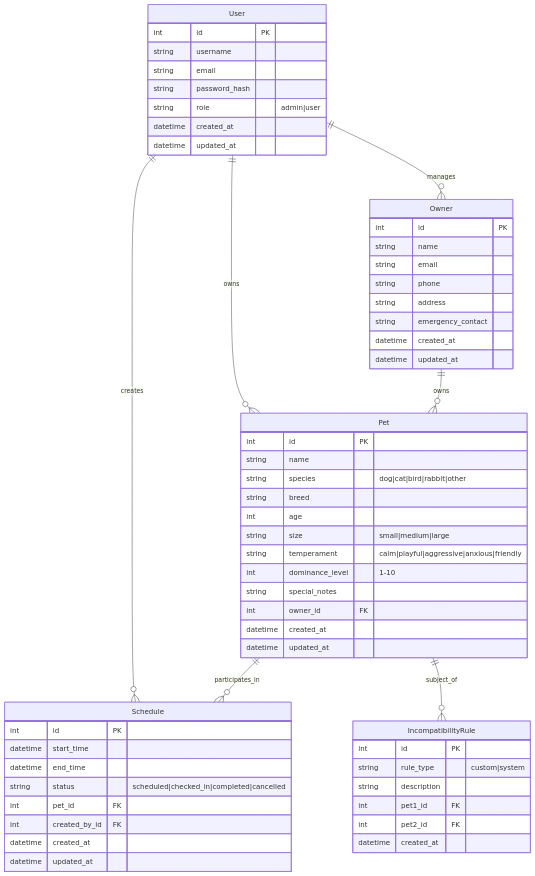
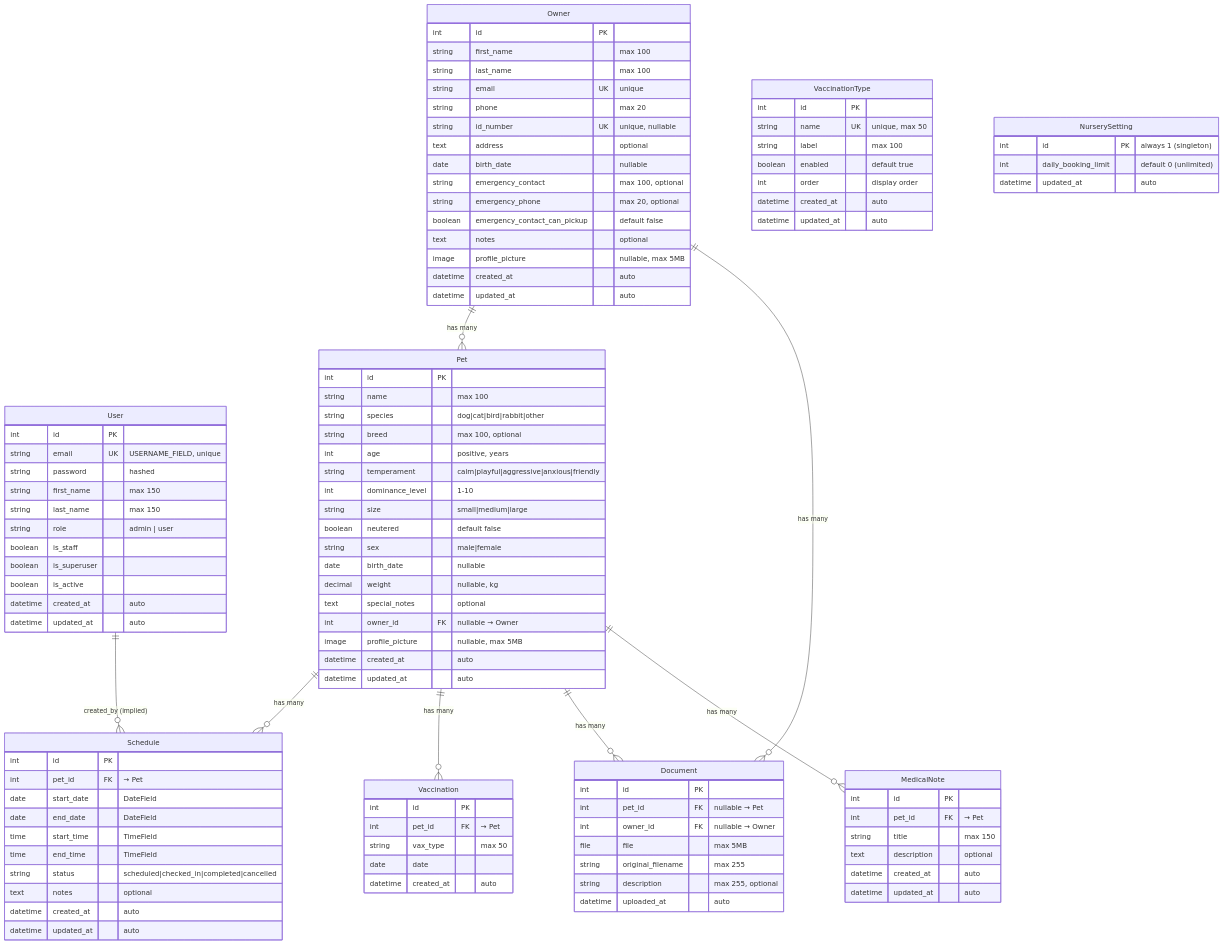
The sixth of 10 diagrams in docs/docs/architecture.md (maxi3390/happydogs-calendar), drawn with Mermaid before and after one commit. The commit also changed other lines of this file and 42 other files, not shown here.

````diff
--- a/docs/docs/architecture.md
+++ b/docs/docs/architecture.md
@@ -176,65 +241,118 @@
 ```mermaid
 erDiagram
-    User ||--o{ Pet : owns
-    User ||--o{ Owner : manages
-    User ||--o{ Schedule : creates
-    Owner ||--o{ Pet : owns
-    Pet ||--o{ Schedule : participates_in
-    Pet ||--o{ IncompatibilityRule : subject_of
+    User ||--o{ Schedule : "created_by (implied)"
+    Owner ||--o{ Pet : "has many"
+    Owner ||--o{ Document : "has many"
+    Pet ||--o{ Schedule : "has many"
+    Pet ||--o{ Vaccination : "has many"
+    Pet ||--o{ Document : "has many"
+    Pet ||--o{ MedicalNote : "has many"
 
     User {
         int id PK
-        string username
-        string email
-        string password_hash
-        string role "admin|user"
-        datetime created_at
-        datetime updated_at
+        string email UK "USERNAME_FIELD, unique"
+        string password "hashed"
+        string first_name "max 150"
+        string last_name "max 150"
+        string role "admin | user"
+        boolean is_staff
+        boolean is_superuser
+        boolean is_active
+        datetime created_at "auto"
+        datetime updated_at "auto"
     }
 
     Owner {
         int id PK
-        string name
-        string email
-        string phone
-        string address
-        string emergency_contact
-        datetime created_at
-        datetime updated_at
+        string first_name "max 100"
+        string last_name "max 100"
+        string email UK "unique"
+        string phone "max 20"
+        string id_number UK "unique, nullable"
+        text address "optional"
+        date birth_date "nullable"
+        string emergency_contact "max 100, optional"
+        string emergency_phone "max 20, optional"
+        boolean emergency_contact_can_pickup "default false"
+        text notes "optional"
+        image profile_picture "nullable, max 5MB"
+        datetime created_at "auto"
+        datetime updated_at "auto"
     }
 
     Pet {
         int id PK
-        string name
+        string name "max 100"
         string species "dog|cat|bird|rabbit|other"
-        string breed
-        int age
-        string size "small|medium|large"
+        string breed "max 100, optional"
+        int age "positive, years"
         string temperament "calm|playful|aggressive|anxious|friendly"
         int dominance_level "1-10"
-        string special_notes
-        int owner_id FK
-        datetime created_at
-        datetime updated_at
+        string size "small|medium|large"
+        boolean neutered "default false"
+        string sex "male|female"
+        date birth_date "nullable"
+        decimal weight "nullable, kg"
+        text special_notes "optional"
+        int owner_id FK "nullable → Owner"
+        image profile_picture "nullable, max 5MB"
+        datetime created_at "auto"
+        datetime updated_at "auto"
     }
 
     Schedule {
         int id PK
-        datetime start_time
-        datetime end_time
+        int pet_id FK "→ Pet"
+        date start_date "DateField"
+        date end_date "DateField"
+        time start_time "TimeField"
+        time end_time "TimeField"
         string status "scheduled|checked_in|completed|cancelled"
-        int pet_id FK
-        int created_by_id FK
-        datetime created_at
-        datetime updated_at
+        text notes "optional"
+        datetime created_at "auto"
+        datetime updated_at "auto"
     }
 
-    IncompatibilityRule {
+    VaccinationType {
         int id PK
-        string rule_type "custom|system"
-        string description
-        int pet1_id FK
-        int pet2_id FK
-        datetime created_at
+        string name UK "unique, max 50"
+        string label "max 100"
+        boolean enabled "default true"
+        int order "display order"
+        datetime created_at "auto"
+        datetime updated_at "auto"
+    }
+
+    Vaccination {
+        int id PK
+        int pet_id FK "→ Pet"
+        string vax_type "max 50"
+        date date
+        datetime created_at "auto"
+    }
+
+    Document {
+        int id PK
+        int pet_id FK "nullable → Pet"
+        int owner_id FK "nullable → Owner"
+        file file "max 5MB"
+        string original_filename "max 255"
+        string description "max 255, optional"
+        datetime uploaded_at "auto"
+    }
+
+    MedicalNote {
+        int id PK
+        int pet_id FK "→ Pet"
+        string title "max 150"
+        text description "optional"
+        datetime created_at "auto"
+        datetime updated_at "auto"
+    }
+
+    NurserySetting {
+        int id PK "always 1 (singleton)"
+        int daily_booking_limit "default 0 (unlimited)"
+        datetime updated_at "auto"
     }
 ```
````
